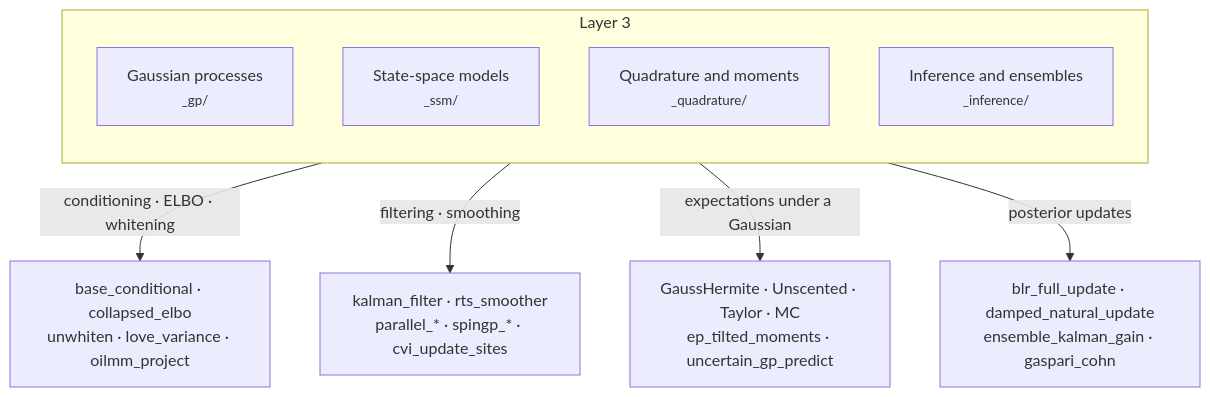
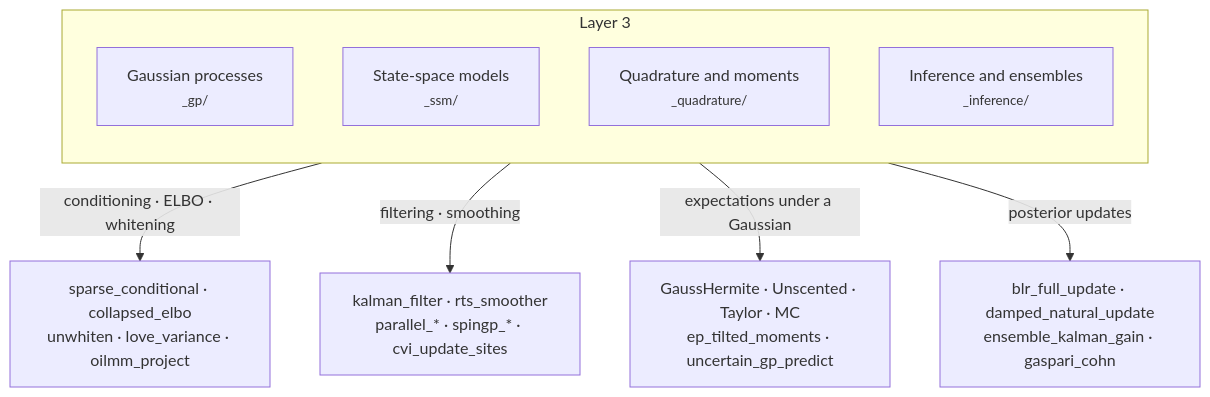
The sixth of 7 diagrams in docs/architecture.md (jejjohnson/gaussx), drawn with Mermaid before and after one commit. The commit also changed 10 other files, not shown here.

````diff
--- a/docs/architecture.md
+++ b/docs/architecture.md
@@ -380,15 +380,15 @@
 ```mermaid
 flowchart TB
     subgraph R["Layer 3"]
         direction TB
         A["Gaussian processes<br/><small>_gp/</small>"]
         B["State-space models<br/><small>_ssm/</small>"]
         C["Quadrature and moments<br/><small>_quadrature/</small>"]
         D["Inference and ensembles<br/><small>_inference/</small>"]
     end
 
-    A -->|"conditioning · ELBO · whitening"| A1["base_conditional · collapsed_elbo<br/>unwhiten · love_variance · oilmm_project"]
+    A -->|"conditioning · ELBO · whitening"| A1["sparse_conditional · collapsed_elbo<br/>unwhiten · love_variance · oilmm_project"]
     B -->|"filtering · smoothing"| B1["kalman_filter · rts_smoother<br/>parallel_* · spingp_* · cvi_update_sites"]
     C -->|"expectations under a Gaussian"| C1["GaussHermite · Unscented · Taylor · MC<br/>ep_tilted_moments · uncertain_gp_predict"]
     D -->|"posterior updates"| D1["blr_full_update · damped_natural_update<br/>ensemble_kalman_gain · gaspari_cohn"]
 ```
````
